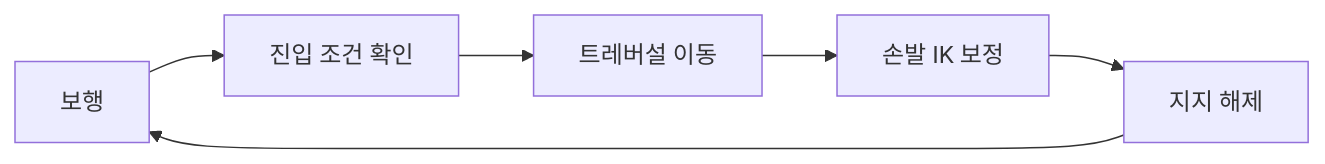
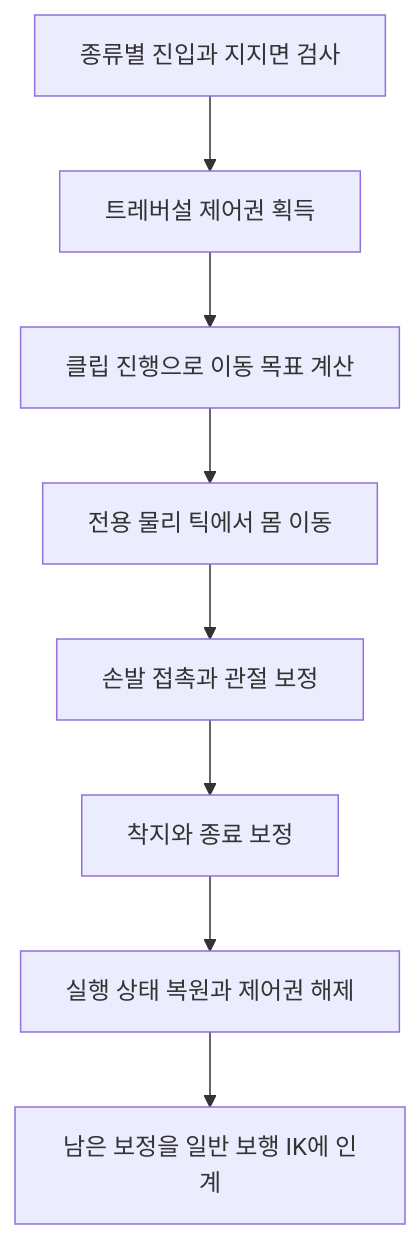
One commit to imjae/imjae.github.io changed the diagram in content/articles/gameplay/ik-traversal.md. Above: the diagram before and after it, drawn with Mermaid. The commit also changed other lines of this file, not shown here.

Commit message:
IK 트레버설의 애니메이션 적용 절차와 지형 보정을 보강한다

````diff
--- a/content/articles/gameplay/ik-traversal.md
+++ b/content/articles/gameplay/ik-traversal.md
@@ -33,8 +123,10 @@
 ```mermaid
-flowchart LR
-    A[보행] --> B[진입 조건 확인]
-    B --> C[트레버설 이동]
-    C --> D[손발 IK 보정]
-    D --> E[지지 해제]
-    E --> A
+flowchart TD
+    A[종류별 진입과 지지면 검사] --> B[트레버설 제어권 획득]
+    B --> C[클립 진행으로 이동 목표 계산]
+    C --> D[전용 물리 틱에서 몸 이동]
+    D --> E[손발 접촉과 관절 보정]
+    E --> F[착지와 종료 보정]
+    F --> G[실행 상태 복원과 제어권 해제]
+    G --> H[남은 보정을 일반 보행 IK에 인계]
 ```
````
